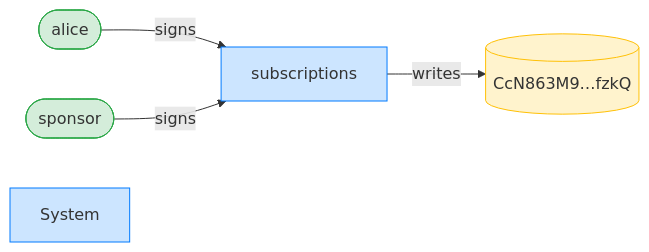
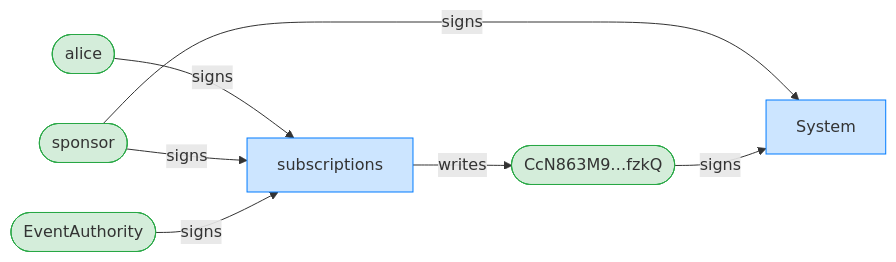
One commit to cds-rs/subscriptions changed diagram 11 of 12 in dsl_tests/subscribe-with-a-sponsor.md. Above: the diagram before and after it, drawn with Mermaid. The commit also changed other lines of this file and 224 other files, not shown here.

````diff
--- a/dsl_tests/subscribe-with-a-sponsor.md
+++ b/dsl_tests/subscribe-with-a-sponsor.md
@@ -211,14 +220,18 @@
 ```mermaid
 flowchart LR
     classDef signer fill:#d4edda,stroke:#28a745;
     classDef program fill:#cce5ff,stroke:#007bff;
     classDef writable fill:#fff3cd,stroke:#ffc107;
     subscriptions[subscriptions]:::program
     alice([alice]):::signer
-    CcN863M9_fzkQ[("CcN863M9…fzkQ")]:::writable
+    CcN863M9_fzkQ(["CcN863M9…fzkQ"]):::signer
     sponsor([sponsor]):::signer
     System[System]:::program
+    EventAuthority([EventAuthority]):::signer
     alice -->|signs| subscriptions
     sponsor -->|signs| subscriptions
+    sponsor -->|signs| System
+    CcN863M9_fzkQ -->|signs| System
+    EventAuthority -->|signs| subscriptions
     subscriptions -->|writes| CcN863M9_fzkQ
 ```
````
